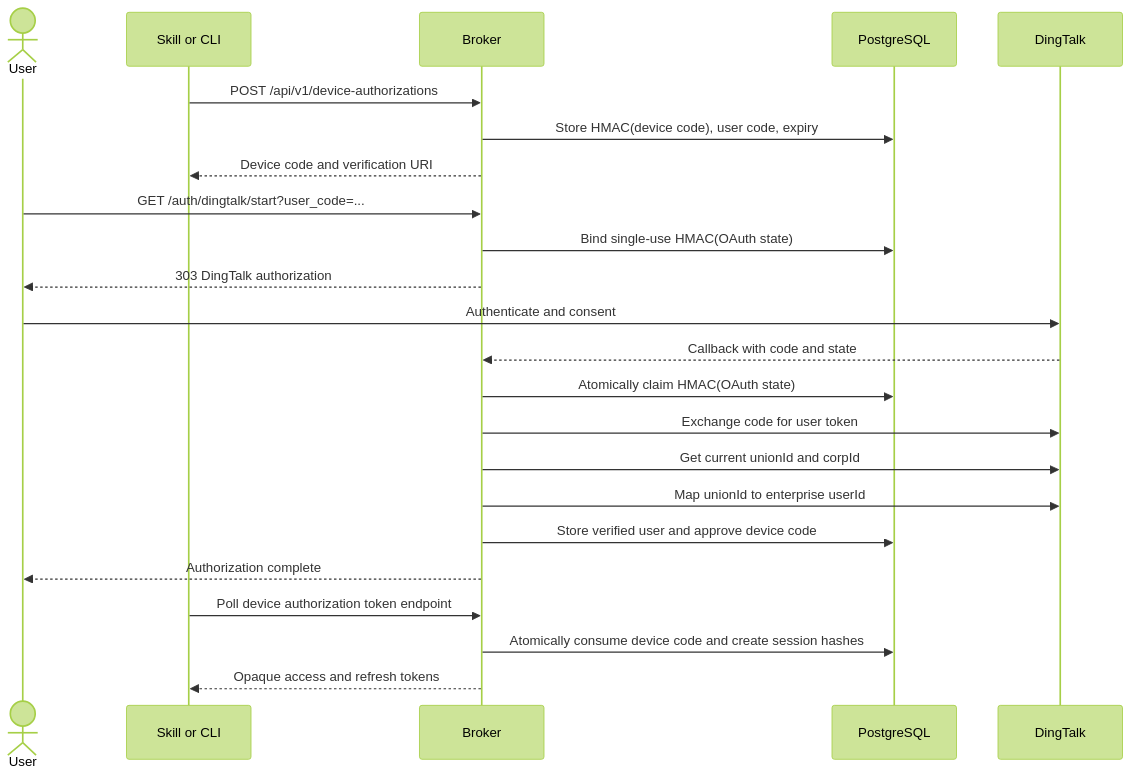
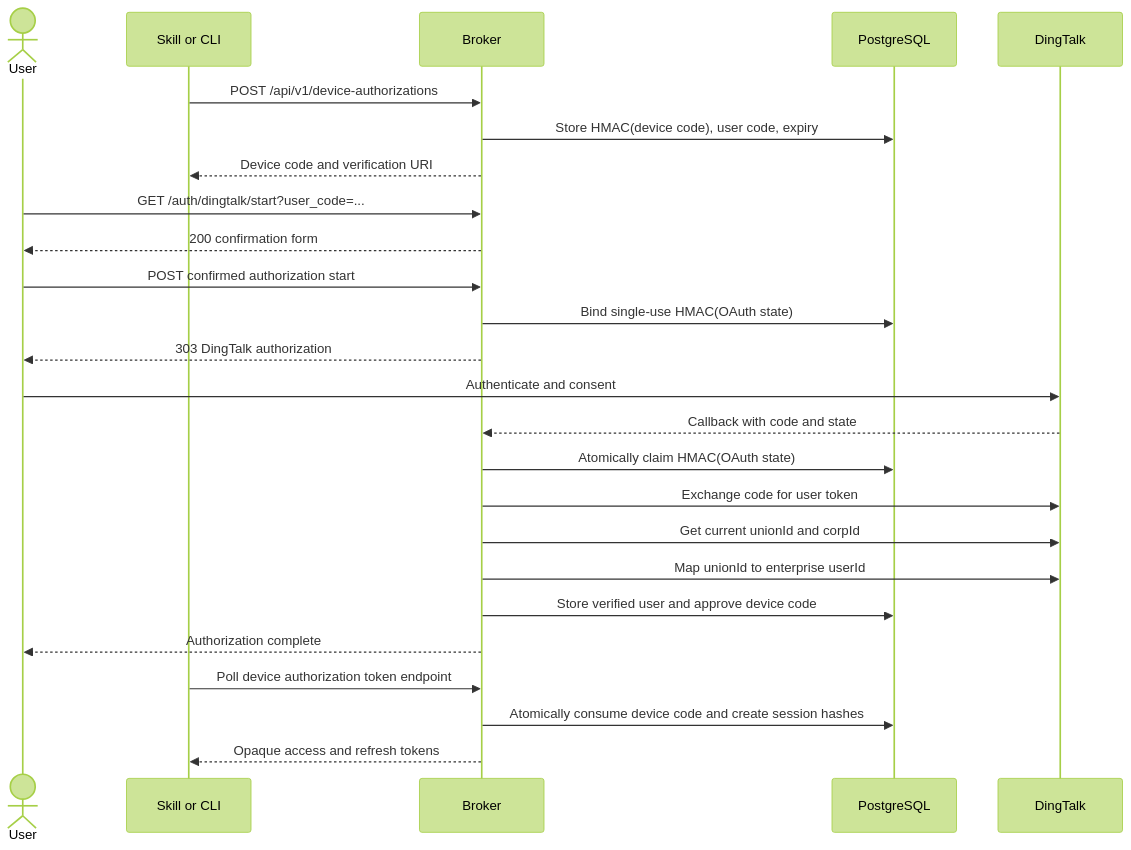
The second of 7 diagrams in docs/architecture.md (cdryzun/dingtalk-oa-attachment-broker), drawn with Mermaid (forest theme) before and after one commit. The commit also changed 4 other files, not shown here.

Commit message:
fix: require confirmed authorization starts

````diff
--- a/docs/architecture.md
+++ b/docs/architecture.md
@@ -32,26 +32,28 @@
 ```mermaid
 sequenceDiagram
     actor User
     participant Client as Skill or CLI
     participant Broker
     participant DB as PostgreSQL
     participant DingTalk
 
     Client->>Broker: POST /api/v1/device-authorizations
     Broker->>DB: Store HMAC(device code), user code, expiry
     Broker-->>Client: Device code and verification URI
     User->>Broker: GET /auth/dingtalk/start?user_code=...
+    Broker-->>User: 200 confirmation form
+    User->>Broker: POST confirmed authorization start
     Broker->>DB: Bind single-use HMAC(OAuth state)
     Broker-->>User: 303 DingTalk authorization
     User->>DingTalk: Authenticate and consent
     DingTalk-->>Broker: Callback with code and state
     Broker->>DB: Atomically claim HMAC(OAuth state)
     Broker->>DingTalk: Exchange code for user token
     Broker->>DingTalk: Get current unionId and corpId
     Broker->>DingTalk: Map unionId to enterprise userId
     Broker->>DB: Store verified user and approve device code
     Broker-->>User: Authorization complete
     Client->>Broker: Poll device authorization token endpoint
     Broker->>DB: Atomically consume device code and create session hashes
     Broker-->>Client: Opaque access and refresh tokens
 ```
````
